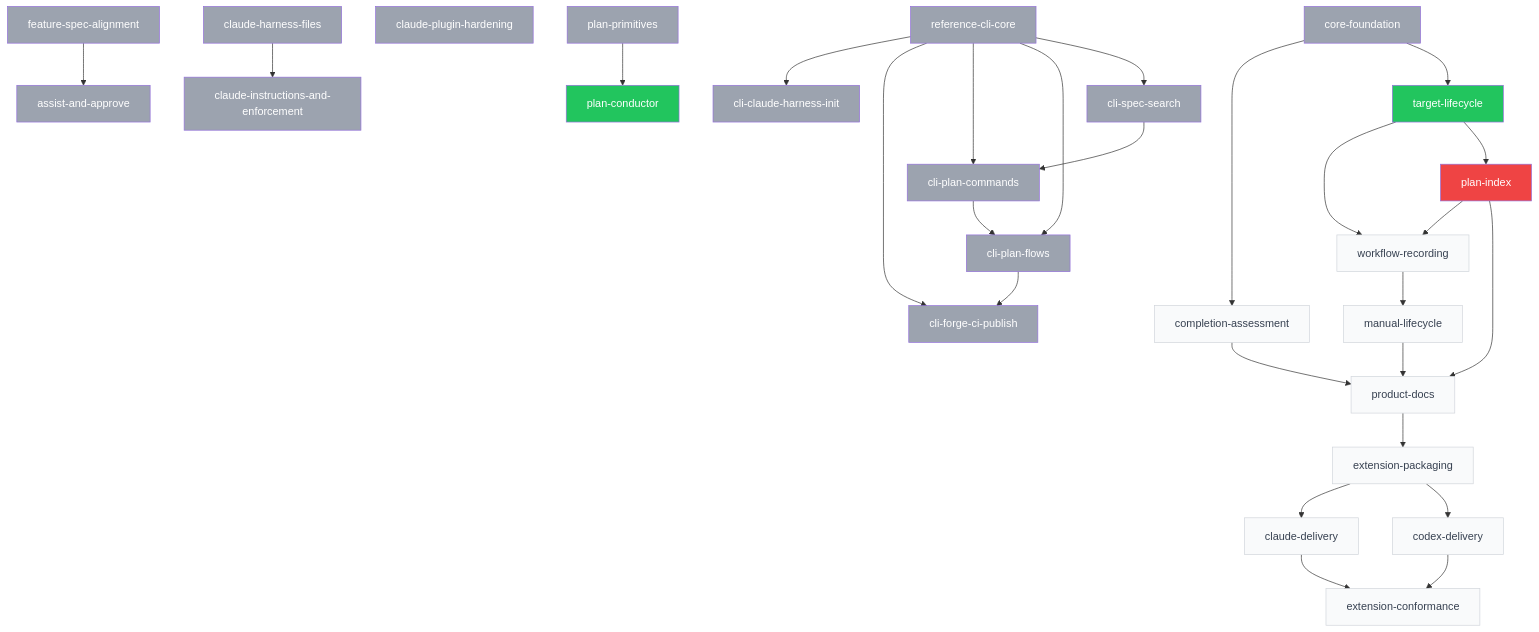
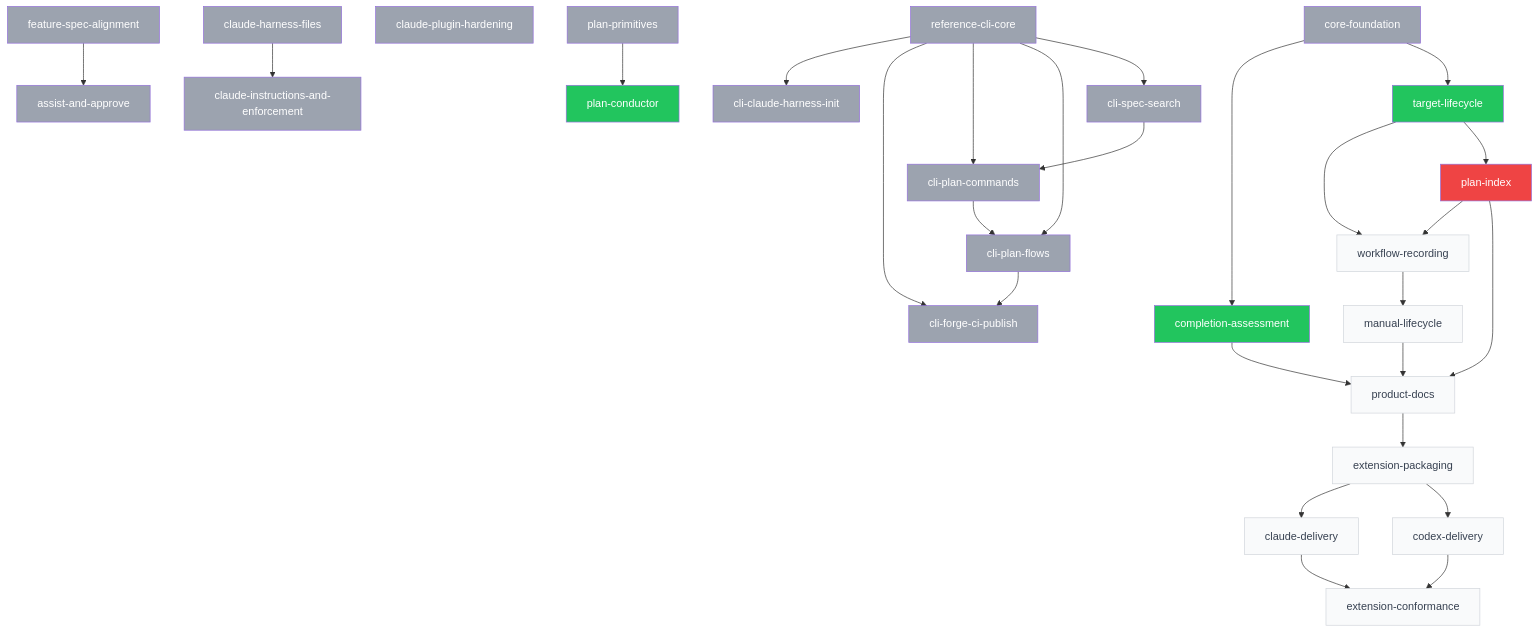
The diagram in plans/PLANS.md (SpiralSky/specplane), drawn with Mermaid before and after one commit. The commit also changed other lines of this file and 1 other file, not shown here.

Commit message:
docs(2026-11-02-completion-assessment): approve plan
Specplane-Workflow: approve
Specplane-Agent: claude-code/claude-opus-5-5
Specplane-Session: 34265f08-4042-4656-a421-be12c7913e61

````diff
--- a/plans/PLANS.md
+++ b/plans/PLANS.md
@@ -41,60 +41,60 @@
 ```mermaid
 graph TD
     p_2026_10_28_reference_cli_core[reference-cli-core]:::done
     p_2026_10_29_assist_and_approve[assist-and-approve]:::done
     p_2026_10_29_claude_harness_files[claude-harness-files]:::done
     p_2026_10_29_claude_instructions_and_enforcement[claude-instructions-and-enforcement]:::done
     p_2026_10_29_claude_plugin_hardening[claude-plugin-hardening]:::done
     p_2026_10_29_cli_claude_harness_init[cli-claude-harness-init]:::done
     p_2026_10_29_cli_forge_ci_publish[cli-forge-ci-publish]:::done
     p_2026_10_29_cli_plan_commands[cli-plan-commands]:::done
     p_2026_10_29_cli_plan_flows[cli-plan-flows]:::done
     p_2026_10_29_cli_spec_search[cli-spec-search]:::done
     p_2026_10_29_feature_spec_alignment[feature-spec-alignment]:::done
     p_2026_10_30_plan_conductor[plan-conductor]:::ready
     p_2026_10_30_plan_primitives[plan-primitives]:::done
     p_2026_11_01_claude_delivery[claude-delivery]:::draft
     p_2026_11_01_codex_delivery[codex-delivery]:::draft
     p_2026_11_01_core_foundation[core-foundation]:::done
     p_2026_11_01_extension_conformance[extension-conformance]:::draft
     p_2026_11_01_extension_packaging[extension-packaging]:::draft
     p_2026_11_01_manual_lifecycle[manual-lifecycle]:::draft
     p_2026_11_01_workflow_recording[workflow-recording]:::draft
-    p_2026_11_02_completion_assessment[completion-assessment]:::draft
+    p_2026_11_02_completion_assessment[completion-assessment]:::ready
     p_2026_11_02_plan_index[plan-index]:::blocked
     p_2026_11_02_product_docs[product-docs]:::draft
     p_2026_11_02_target_lifecycle[target-lifecycle]:::ready
     p_2026_10_29_feature_spec_alignment --> p_2026_10_29_assist_and_approve
     p_2026_10_29_claude_harness_files --> p_2026_10_29_claude_instructions_and_enforcement
     p_2026_10_28_reference_cli_core --> p_2026_10_29_cli_claude_harness_init
     p_2026_10_28_reference_cli_core --> p_2026_10_29_cli_forge_ci_publish
     p_2026_10_29_cli_plan_flows --> p_2026_10_29_cli_forge_ci_publish
     p_2026_10_28_reference_cli_core --> p_2026_10_29_cli_plan_commands
     p_2026_10_29_cli_spec_search --> p_2026_10_29_cli_plan_commands
     p_2026_10_28_reference_cli_core --> p_2026_10_29_cli_plan_flows
     p_2026_10_29_cli_plan_commands --> p_2026_10_29_cli_plan_flows
     p_2026_10_28_reference_cli_core --> p_2026_10_29_cli_spec_search
     p_2026_10_30_plan_primitives --> p_2026_10_30_plan_conductor
     p_2026_11_01_extension_packaging --> p_2026_11_01_claude_delivery
     p_2026_11_01_extension_packaging --> p_2026_11_01_codex_delivery
     p_2026_11_01_claude_delivery --> p_2026_11_01_extension_conformance
     p_2026_11_01_codex_delivery --> p_2026_11_01_extension_conformance
     p_2026_11_02_product_docs --> p_2026_11_01_extension_packaging
     p_2026_11_01_workflow_recording --> p_2026_11_01_manual_lifecycle
     p_2026_11_02_plan_index --> p_2026_11_01_workflow_recording
     p_2026_11_02_target_lifecycle --> p_2026_11_01_workflow_recording
     p_2026_11_01_core_foundation --> p_2026_11_02_completion_assessment
     p_2026_11_02_target_lifecycle --> p_2026_11_02_plan_index
     p_2026_11_01_manual_lifecycle --> p_2026_11_02_product_docs
     p_2026_11_02_completion_assessment --> p_2026_11_02_product_docs
     p_2026_11_02_plan_index --> p_2026_11_02_product_docs
     p_2026_11_01_core_foundation --> p_2026_11_02_target_lifecycle
     classDef draft fill:#f9fafb,color:#374151,stroke:#d1d5db
     classDef ready fill:#22c55e,color:#fff
     classDef blocked fill:#ef4444,color:#fff
     classDef in_progress fill:#3b82f6,color:#fff
     classDef review fill:#60a5fa,color:#fff
     classDef done fill:#9ca3af,color:#fff
     classDef abandoned fill:#9ca3af,color:#fff,text-decoration:line-through
     classDef shelved fill:#fef3c7,color:#92400e,stroke:#d97706
 ```
````
